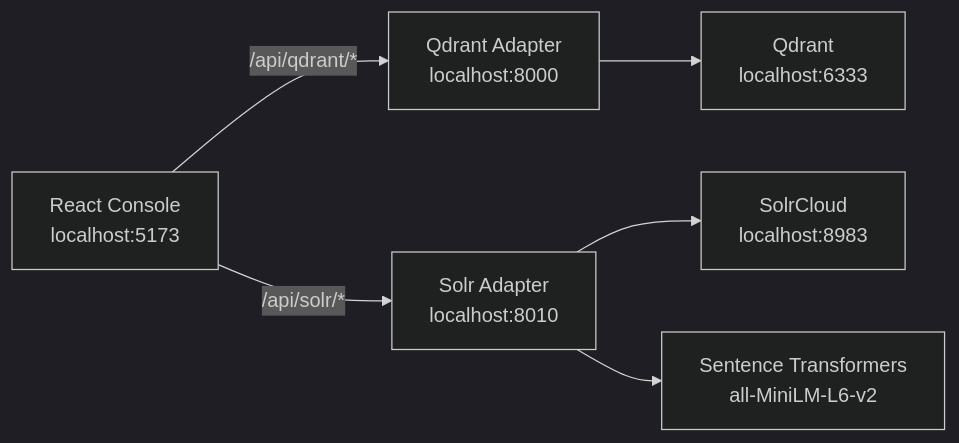
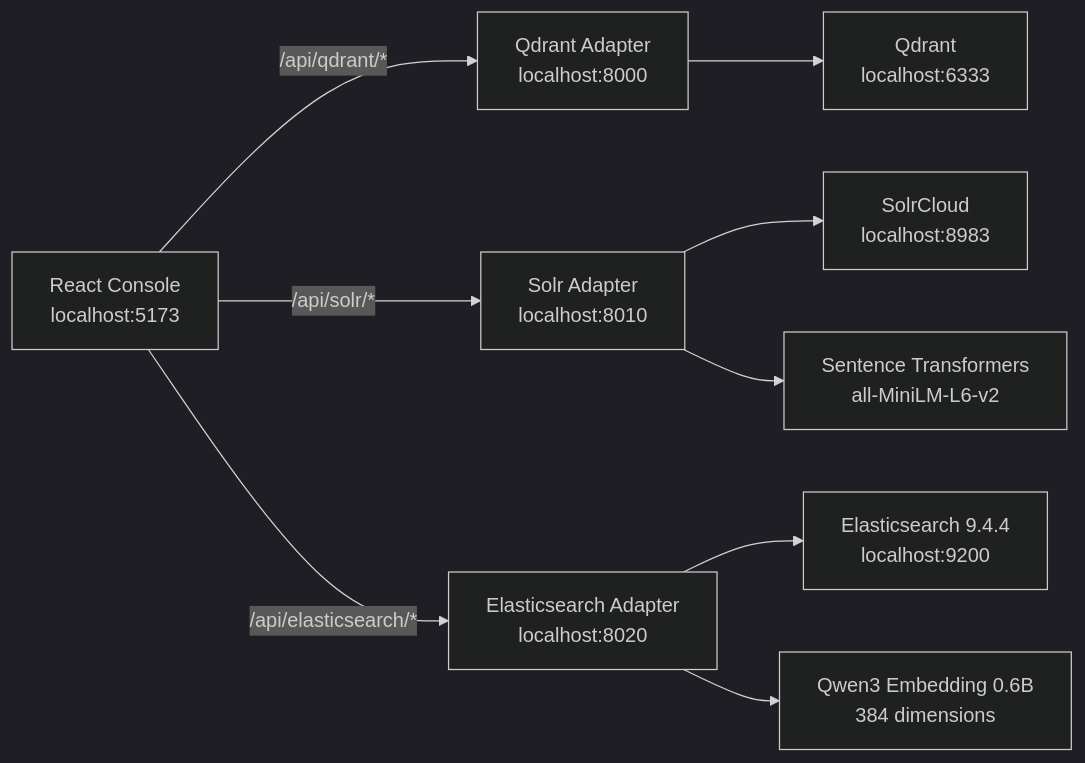
The diagram in README.md (ZitionGuo/polyengine-console), drawn with Mermaid (dark theme) before and after one commit. The commit also changed other lines of this file and 40 other files, not shown here.

````diff
--- a/README.md
+++ b/README.md
@@ -51,15 +59,21 @@
 ```mermaid
 flowchart LR
     Browser["React Console<br/>localhost:5173"]
     QAPI["Qdrant Adapter<br/>localhost:8000"]
     SAPI["Solr Adapter<br/>localhost:8010"]
+    EAPI["Elasticsearch Adapter<br/>localhost:8020"]
     Qdrant["Qdrant<br/>localhost:6333"]
     Solr["SolrCloud<br/>localhost:8983"]
-    Model["Sentence Transformers<br/>all-MiniLM-L6-v2"]
+    Elasticsearch["Elasticsearch 9.4.4<br/>localhost:9200"]
+    SolrModel["Sentence Transformers<br/>all-MiniLM-L6-v2"]
+    ESModel["Qwen3 Embedding 0.6B<br/>384 dimensions"]
 
     Browser -->|"/api/qdrant/*"| QAPI
     Browser -->|"/api/solr/*"| SAPI
+    Browser -->|"/api/elasticsearch/*"| EAPI
     QAPI --> Qdrant
     SAPI --> Solr
-    SAPI --> Model
+    SAPI --> SolrModel
+    EAPI --> Elasticsearch
+    EAPI --> ESModel
 ```
````
